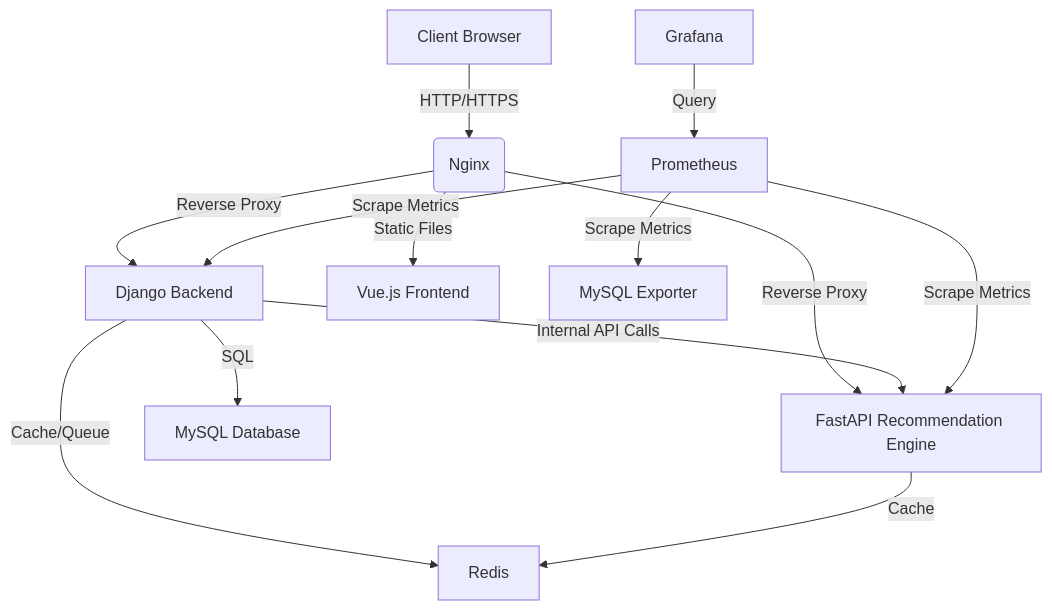
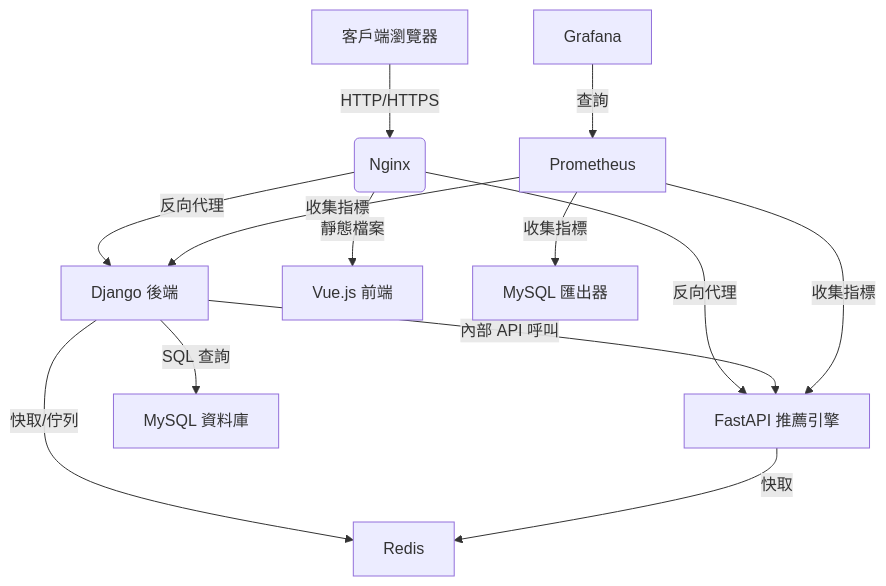
The diagram in README.md (BpsEason/booking-platform-django-fastapi), drawn with Mermaid before and after one commit.

````diff
--- a/README.md
+++ b/README.md
@@ -11,15 +11,15 @@
 ```mermaid
 graph TD
-    A[Client Browser] -->|HTTP/HTTPS| B(Nginx)
-    B -->|Reverse Proxy| C[Django Backend]
-    B -->|Reverse Proxy| D[FastAPI Recommendation Engine]
-    B -->|Static Files| E[Vue.js Frontend]
-    C -->|SQL| F[MySQL Database]
-    C -->|Cache/Queue| G[Redis]
-    D -->|Cache| G
-    C -->|Internal API Calls| D
-    H[Prometheus] -->|Scrape Metrics| C
-    H -->|Scrape Metrics| D
-    H -->|Scrape Metrics| I[MySQL Exporter]
-    J[Grafana] -->|Query| H
+    A[客戶端瀏覽器] -->|HTTP/HTTPS| B(Nginx)
+    B -->|反向代理| C[Django 後端]
+    B -->|反向代理| D[FastAPI 推薦引擎]
+    B -->|靜態檔案| E[Vue.js 前端]
+    C -->|SQL 查詢| F[MySQL 資料庫]
+    C -->|快取/佇列| G[Redis]
+    D -->|快取| G
+    C -->|內部 API 呼叫| D
+    H[Prometheus] -->|收集指標| C
+    H -->|收集指標| D
+    H -->|收集指標| I[MySQL 匯出器]
+    J[Grafana] -->|查詢| H
 ```
````
